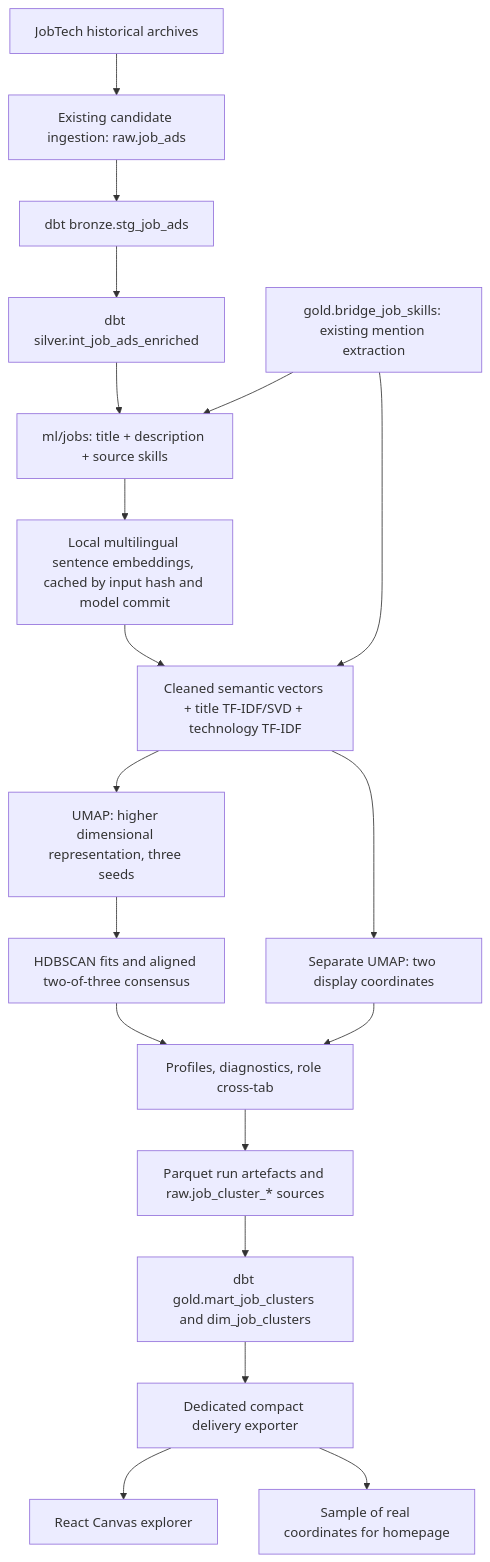
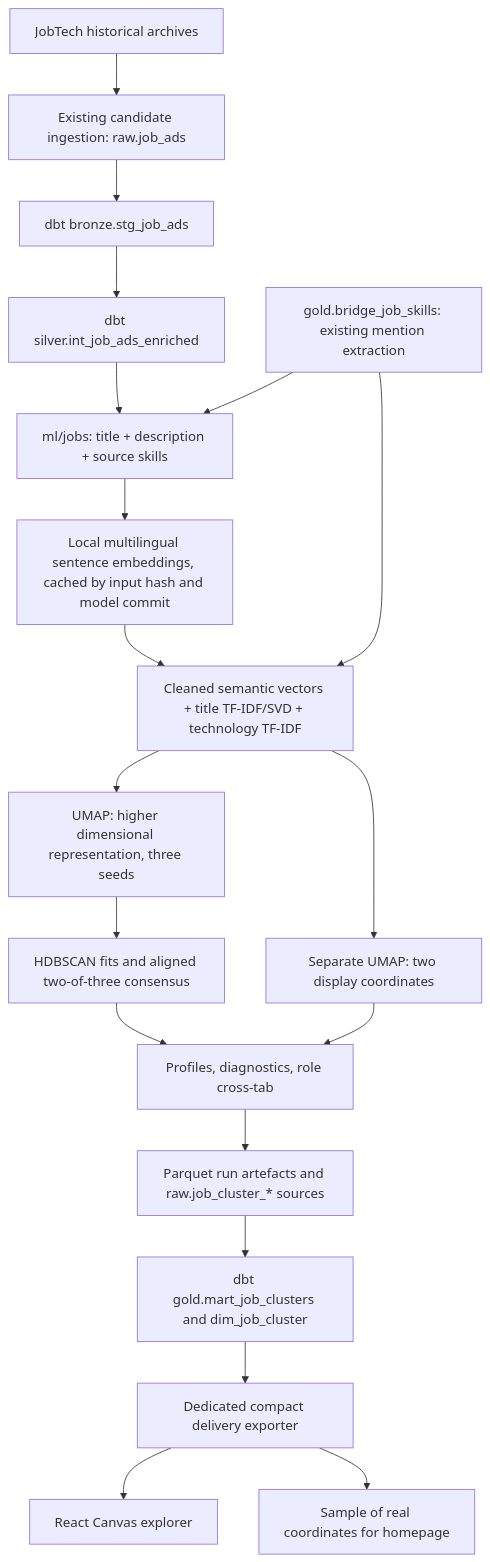
Before and after one commit to korv9/anton-portfolio: the diagram in docs/job-market-clustering.md, drawn with Mermaid. The commit also changed 217 other files, not shown here.

````diff
--- a/docs/job-market-clustering.md
+++ b/docs/job-market-clustering.md
@@ -10,21 +10,21 @@
 ```mermaid
 flowchart TD
     A[JobTech historical archives] --> B[Existing candidate ingestion: raw.job_ads]
     B --> C[dbt bronze.stg_job_ads]
     C --> D[dbt silver.int_job_ads_enriched]
     D --> E[ml/jobs: title + description + source skills]
     F[gold.bridge_job_skills: existing mention extraction] --> E
     E --> G[Local multilingual sentence embeddings, cached by input hash and model commit]
     G --> R[Cleaned semantic vectors + title TF-IDF/SVD + technology TF-IDF]
     F --> R
     R --> H[UMAP: higher dimensional representation, three seeds]
     H --> I[HDBSCAN fits and aligned two-of-three consensus]
     R --> J[Separate UMAP: two display coordinates]
     I --> K[Profiles, diagnostics, role cross-tab]
     J --> K
     K --> L[Parquet run artefacts and raw.job_cluster_* sources]
-    L --> M[dbt gold.mart_job_clusters and dim_job_clusters]
+    L --> M[dbt gold.mart_job_clusters and dim_job_cluster]
     M --> N[Dedicated compact delivery exporter]
     N --> O[React Canvas explorer]
     N --> P[Sample of real coordinates for homepage]
 ```
````
